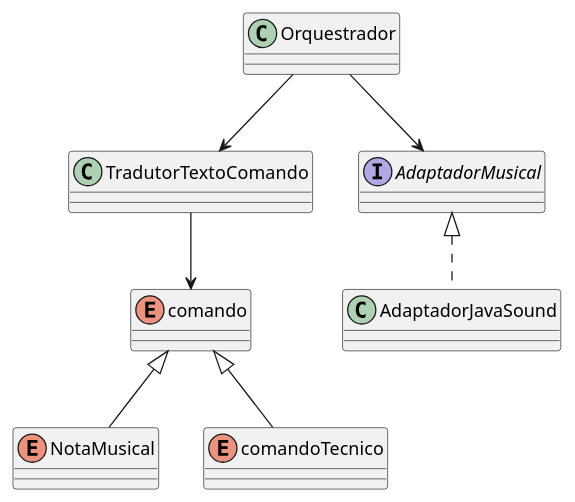
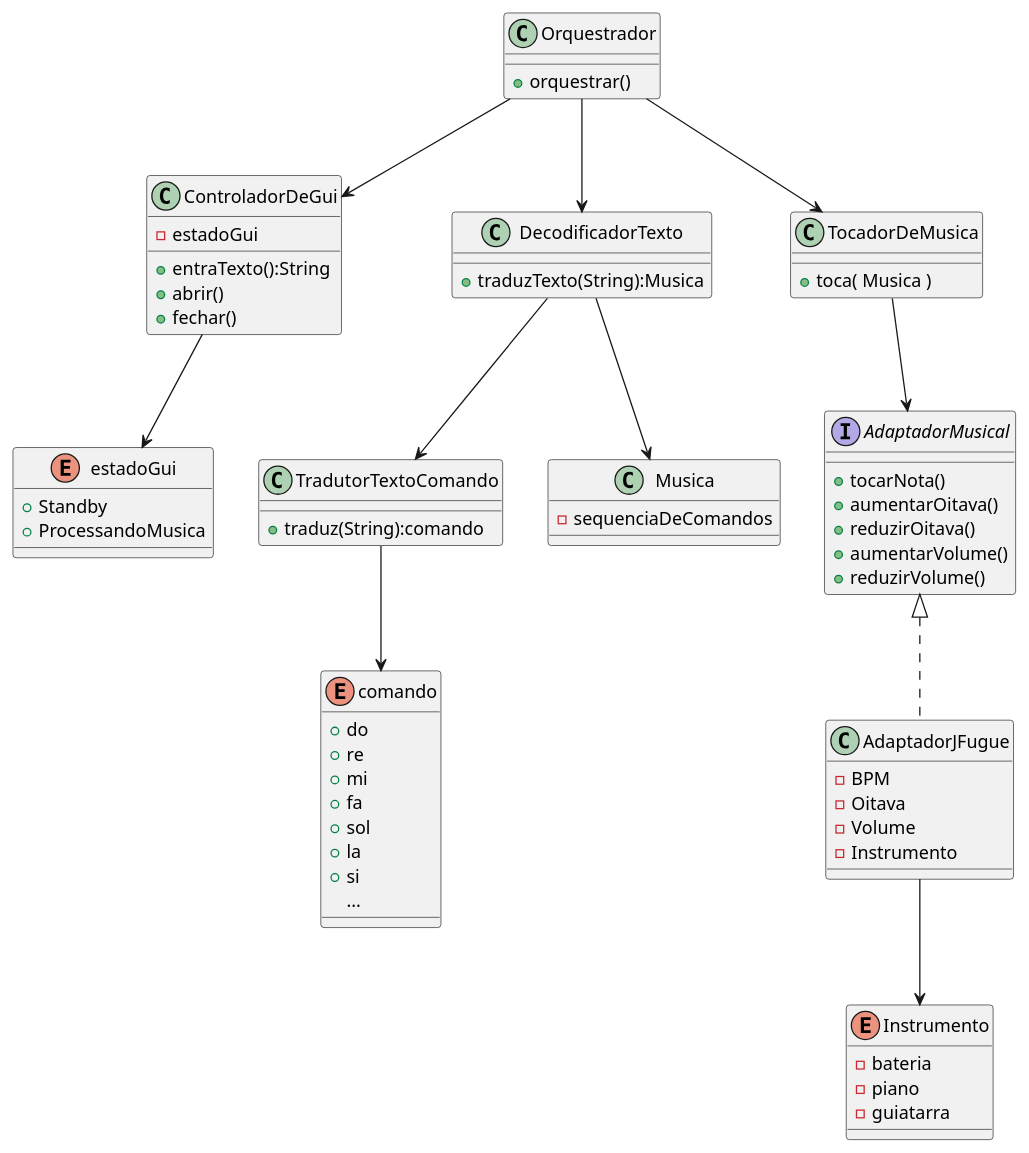
Before and after one commit to tonelloiago/TCP: the diagram in diagramaDeClasses.puml, drawn with PlantUML. The commit also changed 2 other files, not shown here.

Commit message:
Atualizado diagrama de classes

```diff
--- a/diagramaDeClasses.puml
+++ b/diagramaDeClasses.puml
@@ -1,35 +1,78 @@
 @startuml classes
 
 class Orquestrador{
+    + orquestrar()
+}
 
+class ControladorDeGui{
+    - estadoGui
+    + entraTexto():String
+    + abrir()
+    + fechar()
+}
+
+enum estadoGui{
+    + Standby
+    + ProcessandoMusica
+}
+
+class DecodificadorTexto{
+    + traduzTexto(String):Musica
 }
 
 class TradutorTextoComando{
-
+    + traduz(String):comando
 }
 
 interface AdaptadorMusical{
-
+    + tocarNota()
+    + aumentarOitava()
+    + reduzirOitava()
+    + aumentarVolume()
+    + reduzirVolume()
 }
 
-class AdaptadorJavaSound implements AdaptadorMusical{
-    
+class AdaptadorJFugue implements AdaptadorMusical{
+    - BPM
+    - Oitava
+    - Volume
+    - Instrumento
+}
+
+enum Instrumento{
+    - bateria
+    - piano
+    - guiatarra
 }
 
 enum comando{
-
+    + do
+    + re
+    + mi
+    + fa
+    + sol
+    + la
+    + si
+    ...
 }
 
-enum NotaMusical extends comando{
-
+class Musica{
+    - sequenciaDeComandos
 }
 
-enum comandoTecnico extends comando{
-
+class TocadorDeMusica{
+    + toca( Musica )
 }
 
-Orquestrador --> TradutorTextoComando
-Orquestrador --> AdaptadorMusical
+Orquestrador --> DecodificadorTexto
+Orquestrador --> TocadorDeMusica
+Orquestrador --> ControladorDeGui
+DecodificadorTexto --> TradutorTextoComando
+DecodificadorTexto --> Musica
+TocadorDeMusica --> AdaptadorMusical
 TradutorTextoComando --> comando
+ControladorDeGui --> estadoGui
+AdaptadorJFugue --> Instrumento
+
 
 @enduml
```
